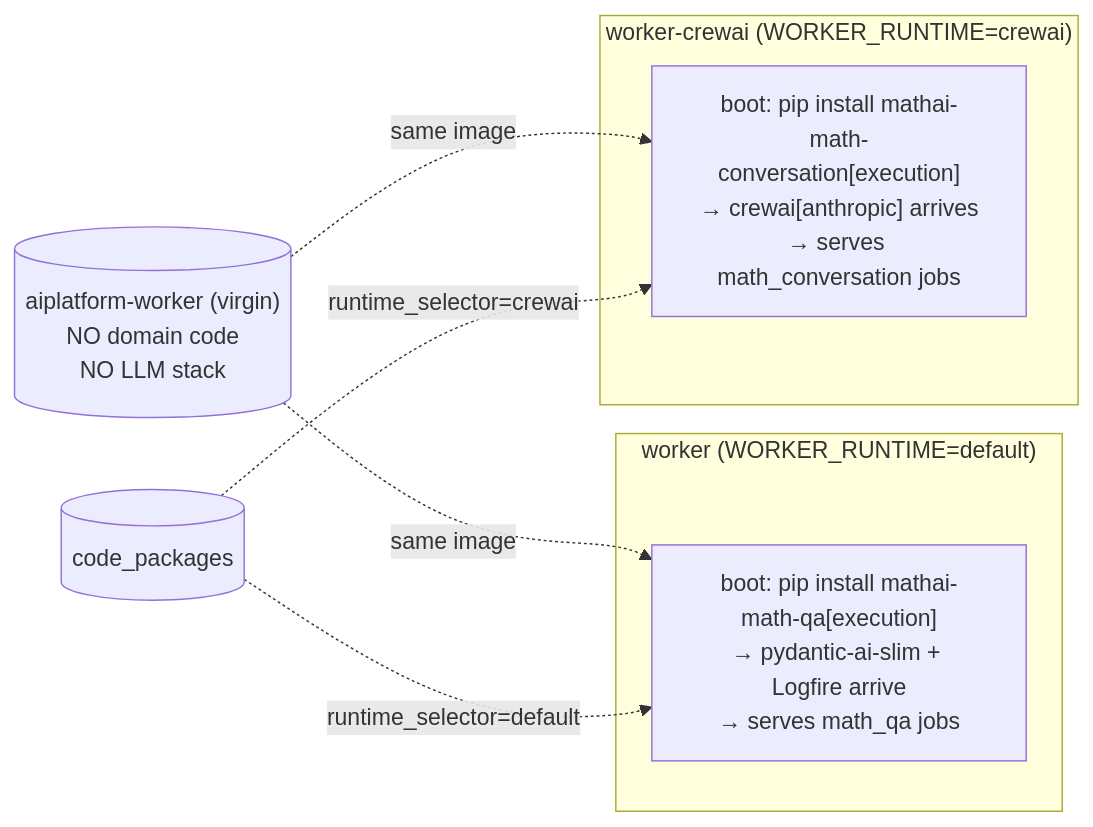
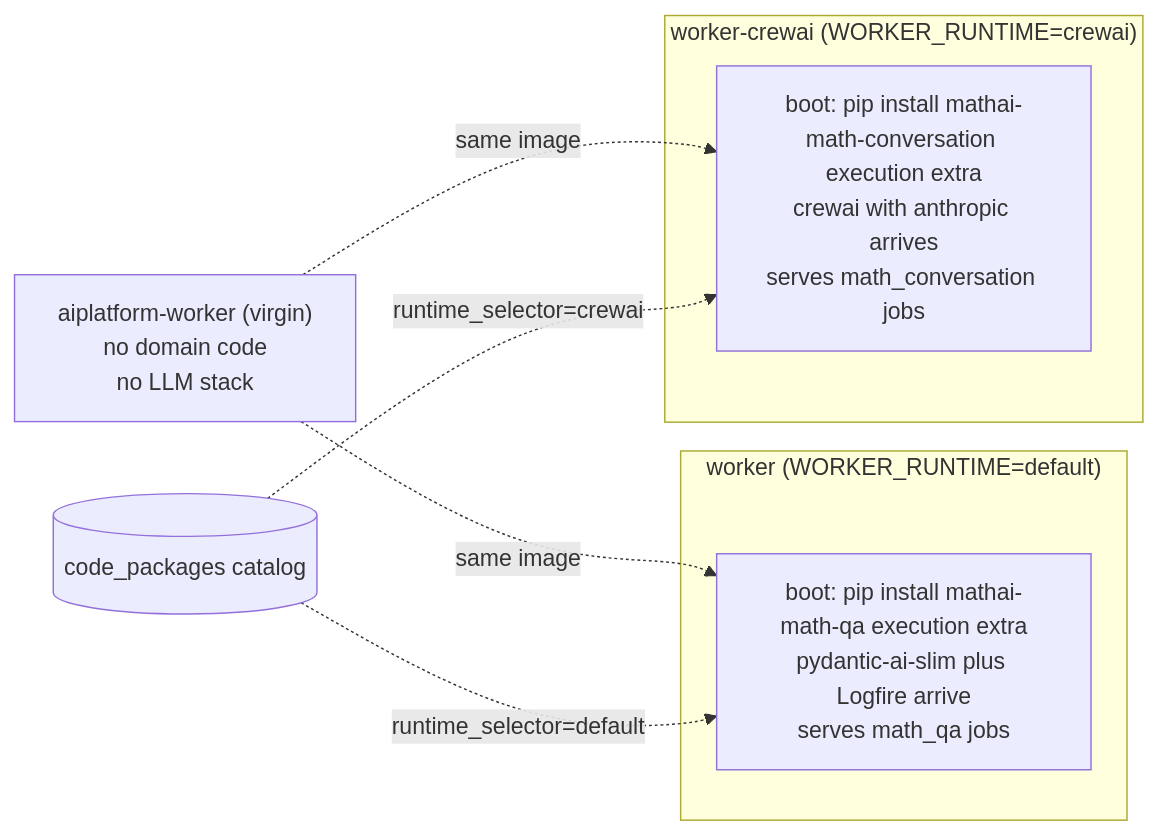
The fifth of 6 diagrams in docs/architecture.md (sepoul/ai-platform), drawn with Mermaid before and after one commit. The commit also changed other lines of this file, not shown here.

First line of the commit message:
docs(architecture): fix mermaid diagrams not rendering on GitHub

````diff
--- a/docs/architecture.md
+++ b/docs/architecture.md
@@ -267,17 +267,19 @@
 ```mermaid
 graph LR
-    Image[("aiplatform-worker (virgin)<br/>NO domain code<br/>NO LLM stack")]
+    Image["aiplatform-worker (virgin)<br/>no domain code<br/>no LLM stack"]
 
     subgraph d["worker (WORKER_RUNTIME=default)"]
-        Drun["boot: pip install mathai-math-qa[execution]<br/>→ pydantic-ai-slim + Logfire arrive<br/>→ serves math_qa jobs"]
+        Drun["boot: pip install mathai-math-qa execution extra<br/>pydantic-ai-slim plus Logfire arrive<br/>serves math_qa jobs"]
     end
 
     subgraph c["worker-crewai (WORKER_RUNTIME=crewai)"]
-        Crun["boot: pip install mathai-math-conversation[execution]<br/>→ crewai[anthropic] arrives<br/>→ serves math_conversation jobs"]
+        Crun["boot: pip install mathai-math-conversation execution extra<br/>crewai with anthropic arrives<br/>serves math_conversation jobs"]
     end
 
-    Image -.same image.-> Drun
-    Image -.same image.-> Crun
-    Cat[(code_packages)] -.runtime_selector=default.-> Drun
-    Cat -.runtime_selector=crewai.-> Crun
+    Cat[("code_packages catalog")]
+
+    Image -. same image .-> Drun
+    Image -. same image .-> Crun
+    Cat -. runtime_selector=default .-> Drun
+    Cat -. runtime_selector=crewai .-> Crun
 ```
````
